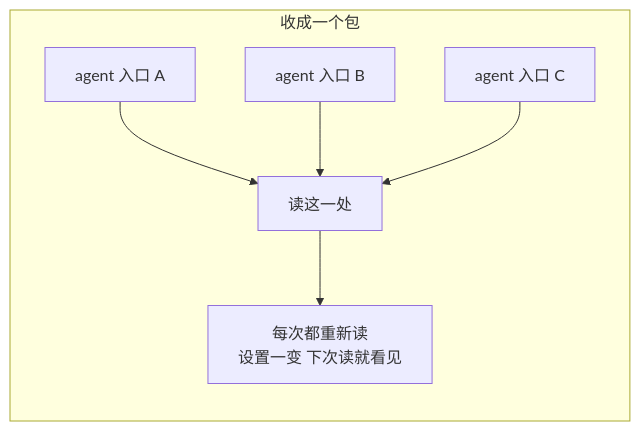
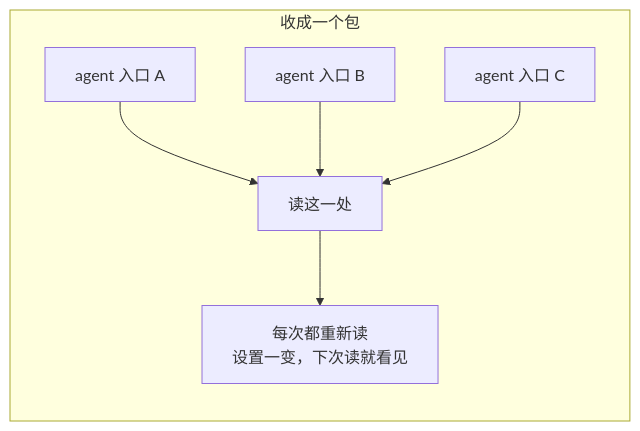
The sixth of 46 diagrams in docs/modules/agentdefaultmodel.md (snight1983/ds-harness-go), drawn with Mermaid before and after one commit. The commit also changed other lines of this file and 43 other files, not shown here.

Commit message:
docs: 图解架构与模块设计

````diff
--- a/docs/modules/agentdefaultmodel.md
+++ b/docs/modules/agentdefaultmodel.md
@@ -27,9 +58,9 @@
 ```mermaid
 flowchart LR
     subgraph GOOD["收成一个包"]
         B1["agent 入口 A"] --> S["读这一处"]
         B2["agent 入口 B"] --> S
         B3["agent 入口 C"] --> S
-        S --> R["每次都重新读<br/>设置一变 下次读就看见"]
+        S --> R["每次都重新读<br/>设置一变，下次读就看见"]
     end
 ```
````
